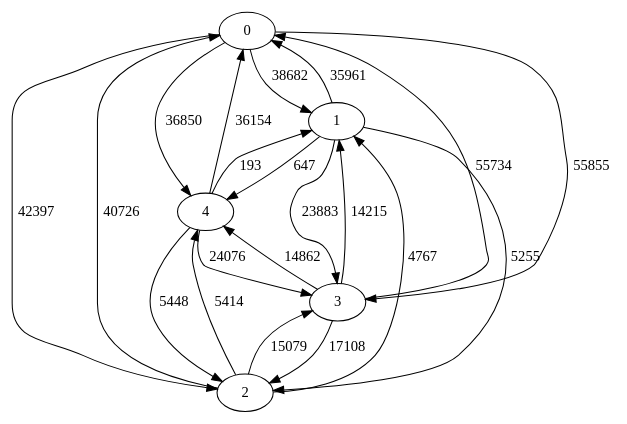
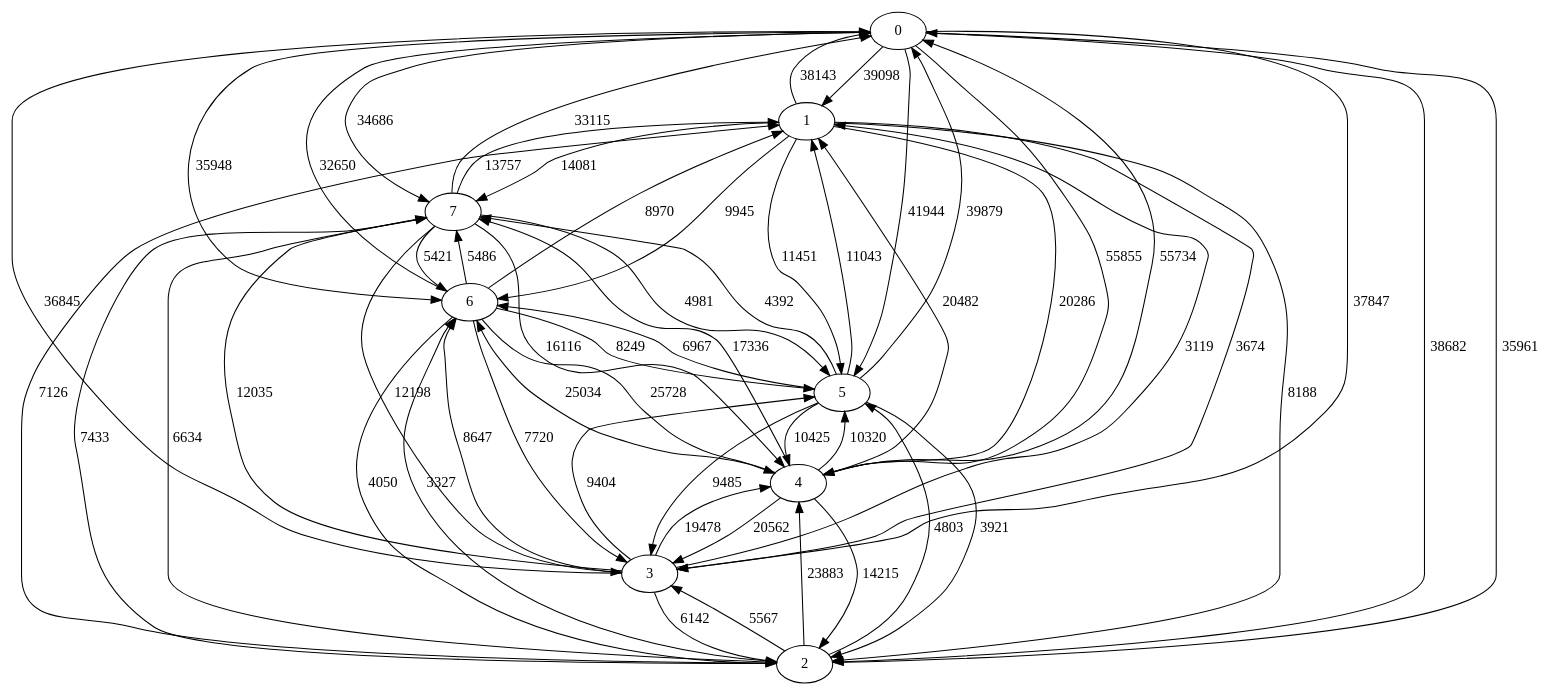
One commit to lzmkalos/vehicle-routing-cpp changed the diagram in app/data/helpers/graph.dot. Above: the diagram before and after it, drawn with Graphviz. The commit also changed 4 other files, not shown here.

```diff
--- a/app/data/helpers/graph.dot
+++ b/app/data/helpers/graph.dot
@@ -1,22 +1,58 @@
 digraph {
-0 -> 1 [label="38682"];
-0 -> 2 [label="42397"];
-0 -> 3 [label="55855"];
-0 -> 4 [label="36850"];
-1 -> 0 [label="35961"];
-1 -> 2 [label="5255"];
-1 -> 3 [label="23883"];
-1 -> 4 [label="647"];
-2 -> 0 [label="40726"];
-2 -> 1 [label="4767"];
-2 -> 3 [label="15079"];
-2 -> 4 [label="5414"];
-3 -> 0 [label="55734"];
-3 -> 1 [label="14215"];
-3 -> 2 [label="17108"];
-3 -> 4 [label="14862"];
-4 -> 0 [label="36154"];
-4 -> 1 [label="193"];
-4 -> 2 [label="5448"];
-4 -> 3 [label="24076"];
+0 -> 1 [label="39098"];
+0 -> 2 [label="38682"];
+0 -> 3 [label="37847"];
+0 -> 4 [label="55855"];
+0 -> 5 [label="41944"];
+0 -> 6 [label="35948"];
+0 -> 7 [label="34686"];
+1 -> 0 [label="38143"];
+1 -> 2 [label="8188"];
+1 -> 3 [label="3674"];
+1 -> 4 [label="20286"];
+1 -> 5 [label="11451"];
+1 -> 6 [label="9945"];
+1 -> 7 [label="14081"];
+2 -> 0 [label="35961"];
+2 -> 1 [label="7126"];
+2 -> 3 [label="5567"];
+2 -> 4 [label="23883"];
+2 -> 5 [label="4803"];
+2 -> 6 [label="3327"];
+2 -> 7 [label="7433"];
+3 -> 0 [label="36845"];
+3 -> 1 [label="3119"];
+3 -> 2 [label="6142"];
+3 -> 4 [label="19478"];
+3 -> 5 [label="9404"];
+3 -> 6 [label="8647"];
+3 -> 7 [label="12035"];
+4 -> 0 [label="55734"];
+4 -> 1 [label="20482"];
+4 -> 2 [label="14215"];
+4 -> 3 [label="20562"];
+4 -> 5 [label="10320"];
+4 -> 6 [label="25034"];
+4 -> 7 [label="17336"];
+5 -> 0 [label="39879"];
+5 -> 1 [label="11043"];
+5 -> 2 [label="3921"];
+5 -> 3 [label="9485"];
+5 -> 4 [label="10425"];
+5 -> 6 [label="6967"];
+5 -> 7 [label="4392"];
+6 -> 0 [label="32650"];
+6 -> 1 [label="8970"];
+6 -> 2 [label="4050"];
+6 -> 3 [label="7720"];
+6 -> 4 [label="25728"];
+6 -> 5 [label="8249"];
+6 -> 7 [label="5486"];
+7 -> 0 [label="33115"];
+7 -> 1 [label="13757"];
+7 -> 2 [label="6634"];
+7 -> 3 [label="12198"];
+7 -> 4 [label="16116"];
+7 -> 5 [label="4981"];
+7 -> 6 [label="5421"];
 }
```
